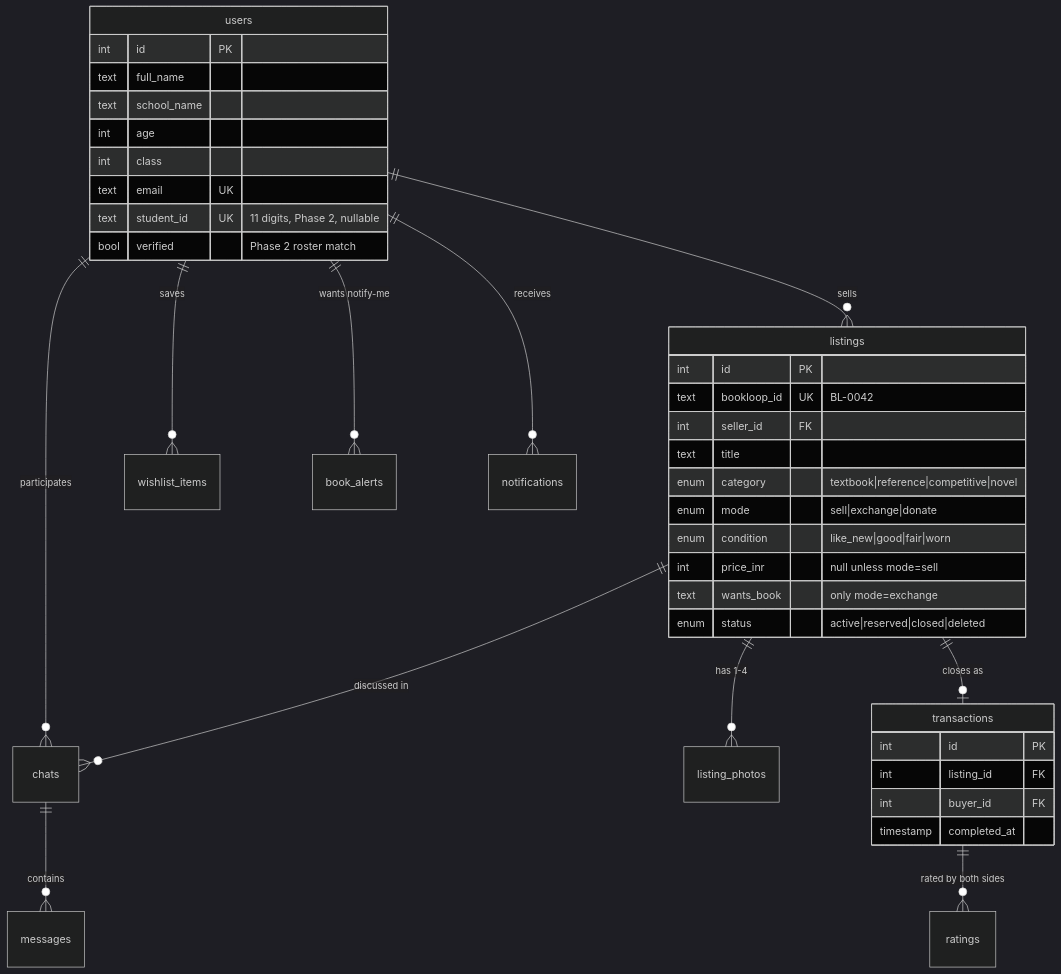
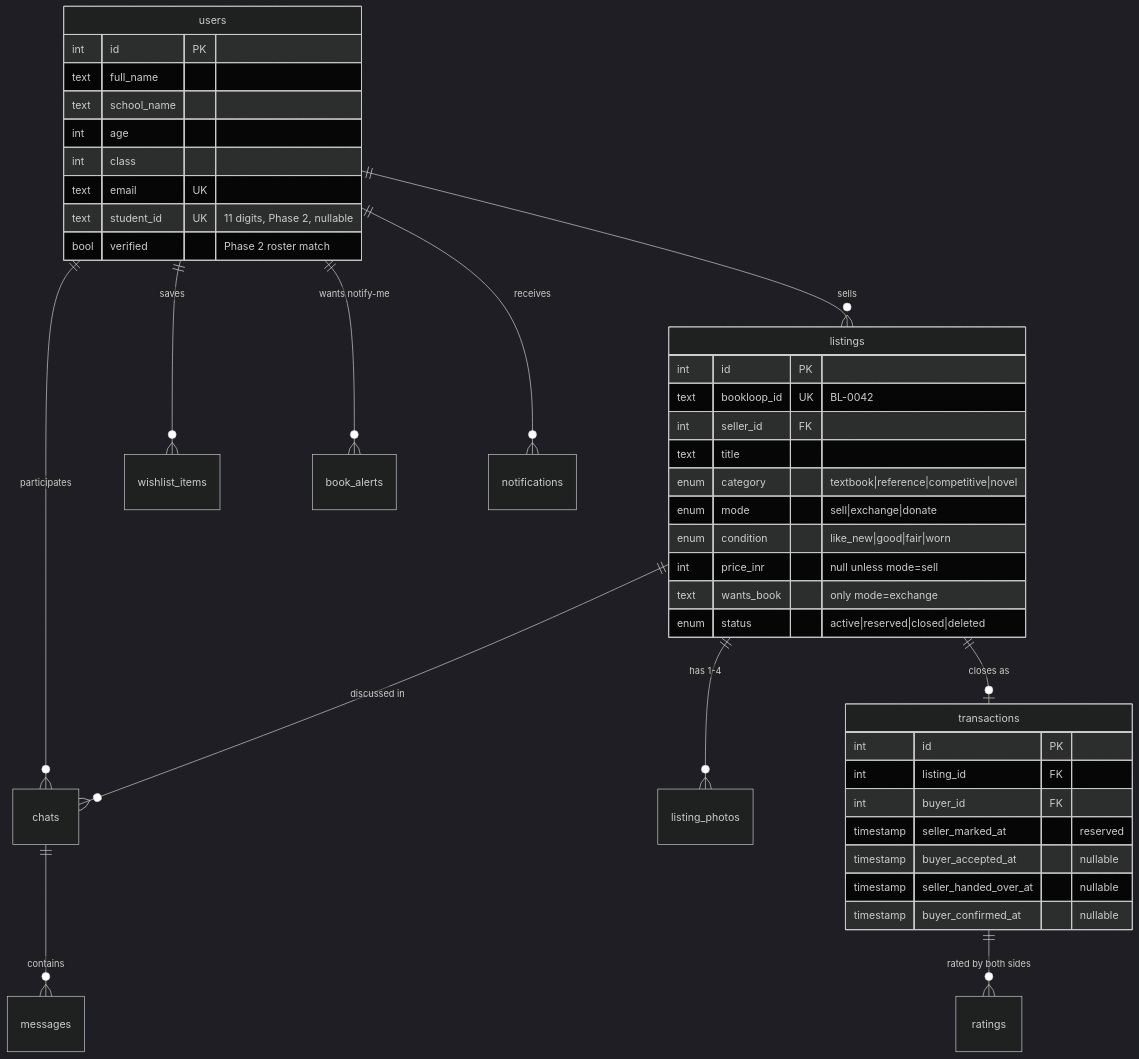
Before and after one commit to shivamsinghtomar78/BookLoop: the diagram in docs/DATABASE_SCHEMA.md, drawn with Mermaid (dark theme). The commit also changed other lines of this file and 7 other files, not shown here.

````diff
--- a/docs/DATABASE_SCHEMA.md
+++ b/docs/DATABASE_SCHEMA.md
@@ -16,42 +16,45 @@
 ```mermaid
 erDiagram
     users ||--o{ listings : "sells"
     users ||--o{ chats : "participates"
     users ||--o{ wishlist_items : "saves"
     users ||--o{ book_alerts : "wants notify-me"
     users ||--o{ notifications : "receives"
     listings ||--o{ listing_photos : "has 1-4"
     listings ||--o{ chats : "discussed in"
     listings ||--o| transactions : "closes as"
     chats ||--o{ messages : "contains"
     transactions ||--o{ ratings : "rated by both sides"
 
     users {
         int id PK
         text full_name
         text school_name
         int age
         int class
         text email UK
         text student_id UK "11 digits, Phase 2, nullable"
         bool verified "Phase 2 roster match"
     }
     listings {
         int id PK
         text bookloop_id UK "BL-0042"
         int seller_id FK
         text title
         enum category "textbook|reference|competitive|novel"
         enum mode "sell|exchange|donate"
         enum condition "like_new|good|fair|worn"
         int price_inr "null unless mode=sell"
         text wants_book "only mode=exchange"
         enum status "active|reserved|closed|deleted"
     }
     transactions {
         int id PK
         int listing_id FK
         int buyer_id FK
-        timestamp completed_at
+        timestamp seller_marked_at "reserved"
+        timestamp buyer_accepted_at "nullable"
+        timestamp seller_handed_over_at "nullable"
+        timestamp buyer_confirmed_at "nullable"
     }
 ```
````
